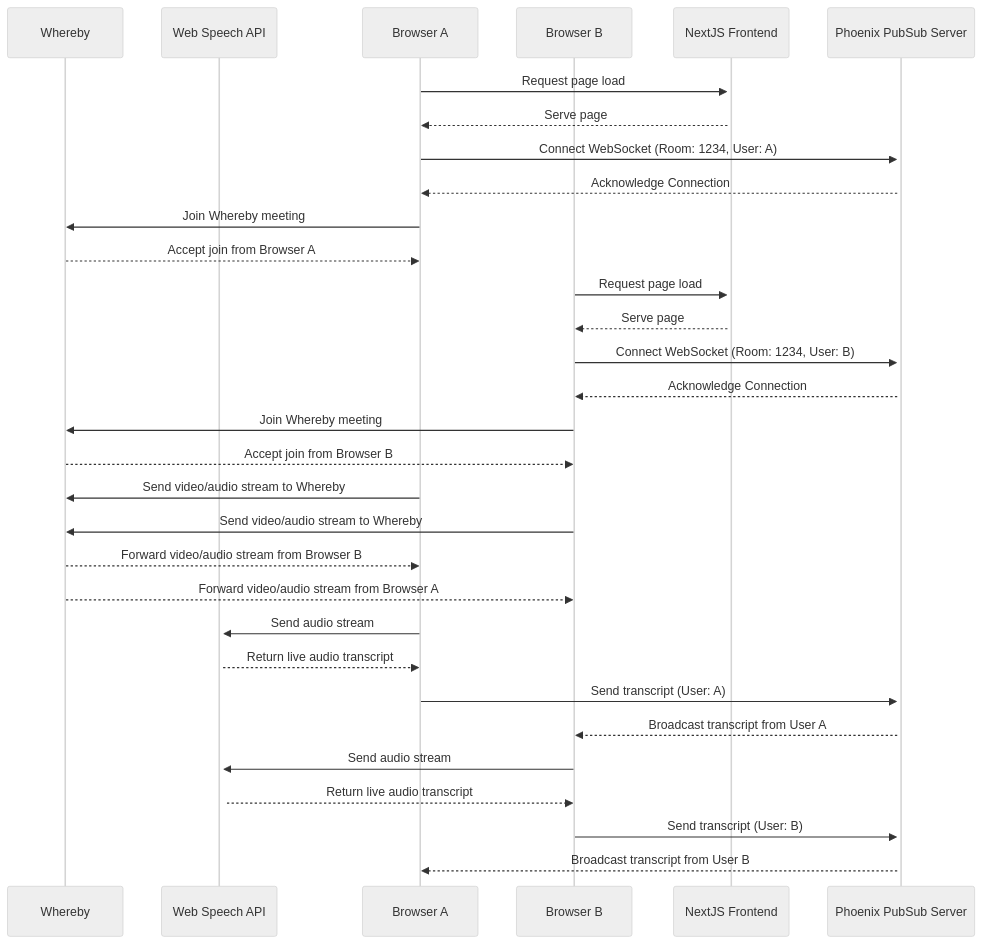
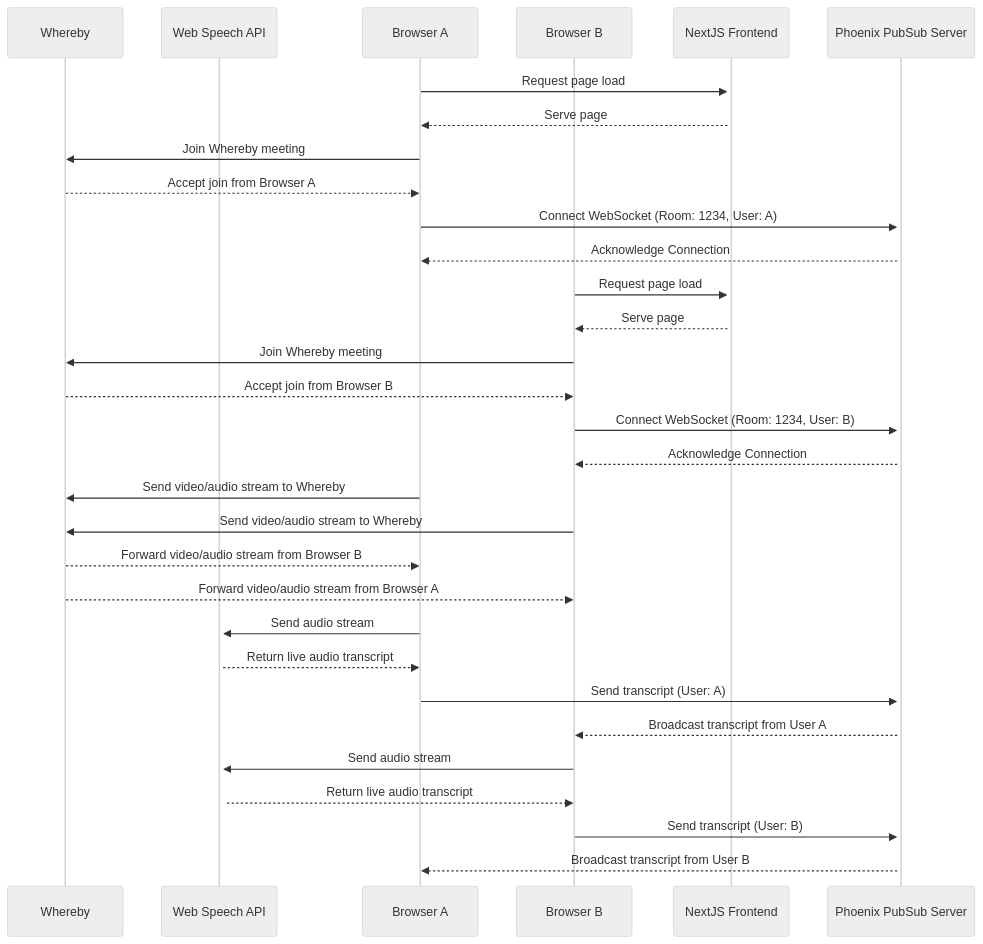
One commit to mjftw/transcript-sandbox changed the diagram in README.md. Above: the diagram before and after it, drawn with Mermaid (neutral theme). The commit also changed other lines of this file, not shown here.

Commit message:
Mermaid shows connecting to PubSub after meeting

````diff
--- a/README.md
+++ b/README.md
@@ -9,38 +9,38 @@
 ```mermaid
 sequenceDiagram
     participant Whereby as Whereby
     participant WebSpeechAPI as Web Speech API
     participant BrowserA as Browser A
     participant BrowserB as Browser B
     participant NextJSFrontend as NextJS Frontend
     participant PhoenixServer as Phoenix PubSub Server
 
     BrowserA->>+NextJSFrontend: Request page load
     NextJSFrontend-->>BrowserA: Serve page
+    BrowserA->>Whereby: Join Whereby meeting
+    Whereby-->>BrowserA: Accept join from Browser A
     BrowserA->>+PhoenixServer: Connect WebSocket (Room: 1234, User: A)
     PhoenixServer-->>BrowserA: Acknowledge Connection
-    BrowserA->>Whereby: Join Whereby meeting
-    Whereby-->>BrowserA: Accept join from Browser A
 
     BrowserB->>+NextJSFrontend: Request page load
     NextJSFrontend-->>BrowserB: Serve page
+    BrowserB->>Whereby: Join Whereby meeting
+    Whereby-->>BrowserB: Accept join from Browser B
     BrowserB->>+PhoenixServer: Connect WebSocket (Room: 1234, User: B)
     PhoenixServer-->>BrowserB: Acknowledge Connection
-    BrowserB->>Whereby: Join Whereby meeting
-    Whereby-->>BrowserB: Accept join from Browser B
 
     BrowserA->>Whereby: Send video/audio stream to Whereby
     BrowserB->>Whereby: Send video/audio stream to Whereby
     Whereby-->>BrowserA: Forward video/audio stream from Browser B
     Whereby-->>BrowserB: Forward video/audio stream from Browser A
 
     BrowserA->>+WebSpeechAPI: Send audio stream
     WebSpeechAPI-->>BrowserA: Return live audio transcript
     BrowserA->>+PhoenixServer: Send transcript (User: A)
     PhoenixServer-->>BrowserB: Broadcast transcript from User A
 
     BrowserB->>+WebSpeechAPI: Send audio stream
     WebSpeechAPI-->>BrowserB: Return live audio transcript
     BrowserB->>+PhoenixServer: Send transcript (User: B)
     PhoenixServer-->>BrowserA: Broadcast transcript from User B
 ```
````
